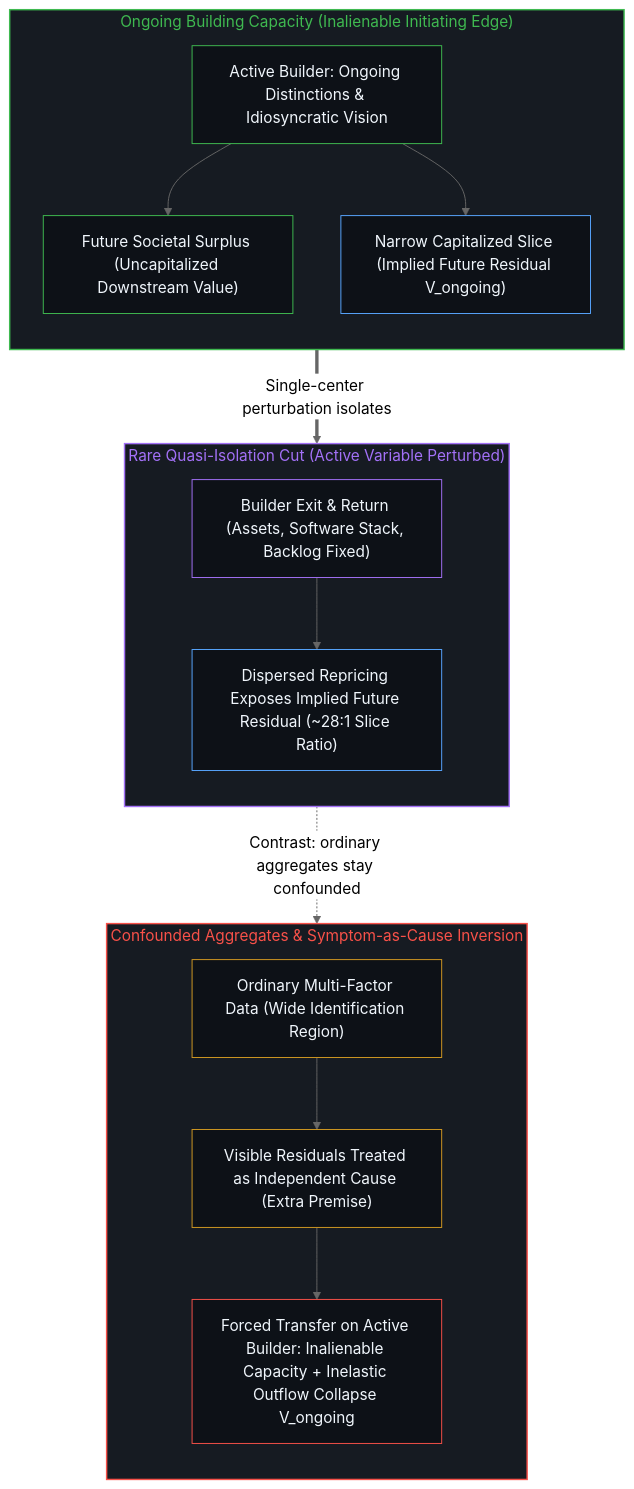
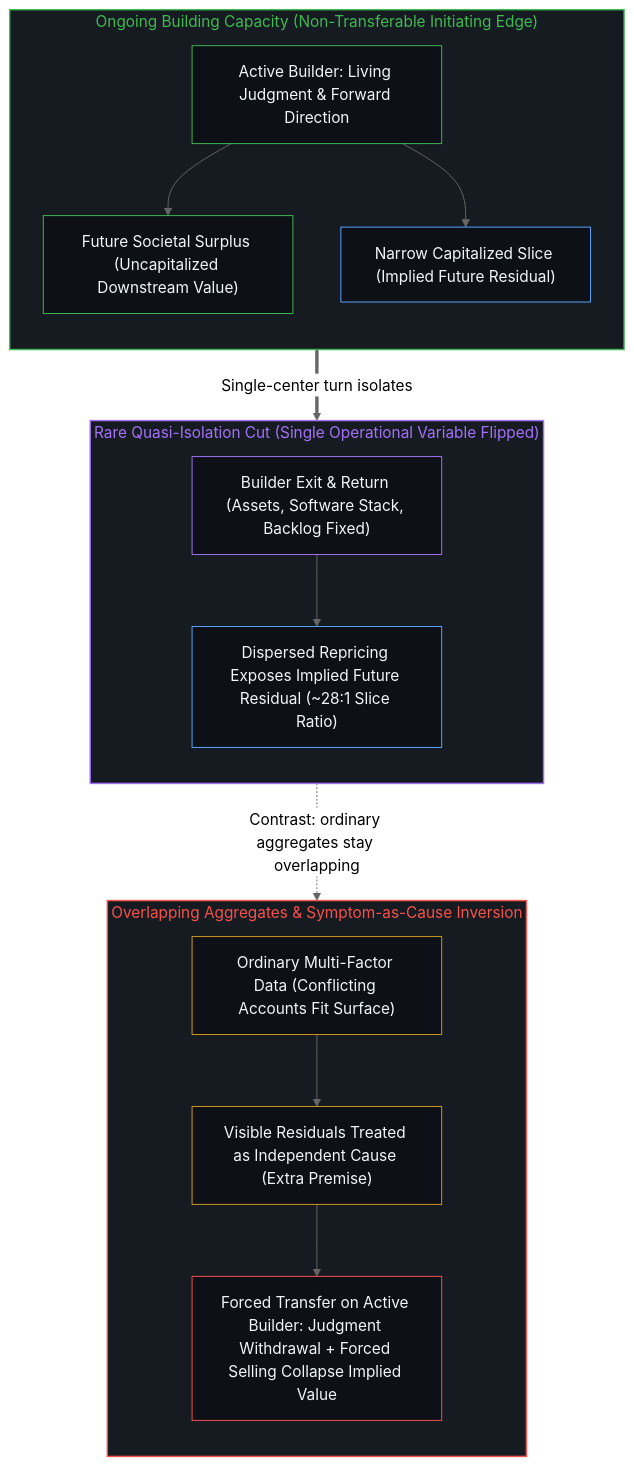
The second of 4 diagrams in content/posts/the-builders-absence-and-the-self-consistent-cycle-of-explanation.md (powerpig99/not-a-toe), drawn with Mermaid (neutral theme) before and after one commit. The commit also changed other lines of this file and 2 other files, not shown here.

````diff
--- a/content/posts/the-builders-absence-and-the-self-consistent-cycle-of-explanation.md
+++ b/content/posts/the-builders-absence-and-the-self-consistent-cycle-of-explanation.md
@@ -65,37 +65,37 @@
 ```mermaid
 flowchart TD
-    subgraph S_Build["Ongoing Building Capacity (Inalienable Initiating Edge)"]
+    subgraph S_Build["Ongoing Building Capacity (Non-Transferable Initiating Edge)"]
         direction TB
-        B1["Active Builder: Ongoing Distinctions & Idiosyncratic Vision"]
+        B1["Active Builder: Living Judgment & Forward Direction"]
         B2["Future Societal Surplus (Uncapitalized Downstream Value)"]
-        B3["Narrow Capitalized Slice (Implied Future Residual V_ongoing)"]
+        B3["Narrow Capitalized Slice (Implied Future Residual)"]
         B1 --> B2
         B1 --> B3
     end
-    subgraph S_Iso["Rare Quasi-Isolation Cut (Active Variable Perturbed)"]
+    subgraph S_Iso["Rare Quasi-Isolation Cut (Single Operational Variable Flipped)"]
         direction TB
         I1["Builder Exit & Return (Assets, Software Stack, Backlog Fixed)"]
         I2["Dispersed Repricing Exposes Implied Future Residual (~28:1 Slice Ratio)"]
         I1 --> I2
     end
-    subgraph S_Conf["Confounded Aggregates & Symptom-as-Cause Inversion"]
+    subgraph S_Conf["Overlapping Aggregates & Symptom-as-Cause Inversion"]
         direction TB
-        C1["Ordinary Multi-Factor Data (Wide Identification Region)"]
+        C1["Ordinary Multi-Factor Data (Conflicting Accounts Fit Surface)"]
         C2["Visible Residuals Treated as Independent Cause (Extra Premise)"]
-        C3["Forced Transfer on Active Builder: Inalienable Capacity + Inelastic Outflow Collapse V_ongoing"]
+        C3["Forced Transfer on Active Builder: Judgment Withdrawal + Forced Selling Collapse Implied Value"]
         C1 --> C2 --> C3
     end
-    B3 ==>|"Single-center perturbation isolates"| I1
-    I2 -.->|"Contrast: ordinary aggregates stay confounded"| C1
+    B3 ==>|"Single-center turn isolates"| I1
+    I2 -.->|"Contrast: ordinary aggregates stay overlapping"| C1
     style S_Build fill:#161b22,stroke:#3fb950,stroke-width:1.5px,color:#3fb950
     style S_Iso fill:#161b22,stroke:#a371f7,stroke-width:1.5px,color:#a371f7
     style S_Conf fill:#161b22,stroke:#f85149,stroke-width:1.5px,color:#f85149
     style B1 fill:#0d1117,stroke:#3fb950,stroke-width:1px,color:#f0f6fc
     style B2 fill:#0d1117,stroke:#3fb950,stroke-width:1px,color:#f0f6fc
     style B3 fill:#0d1117,stroke:#58a6ff,stroke-width:1px,color:#f0f6fc
     style I1 fill:#0d1117,stroke:#a371f7,stroke-width:1px,color:#f0f6fc
     style I2 fill:#0d1117,stroke:#58a6ff,stroke-width:1px,color:#f0f6fc
     style C1 fill:#0d1117,stroke:#d29922,stroke-width:1px,color:#f0f6fc
     style C2 fill:#0d1117,stroke:#d29922,stroke-width:1px,color:#f0f6fc
     style C3 fill:#0d1117,stroke:#f85149,stroke-width:1px,color:#f0f6fc
 ```
````
